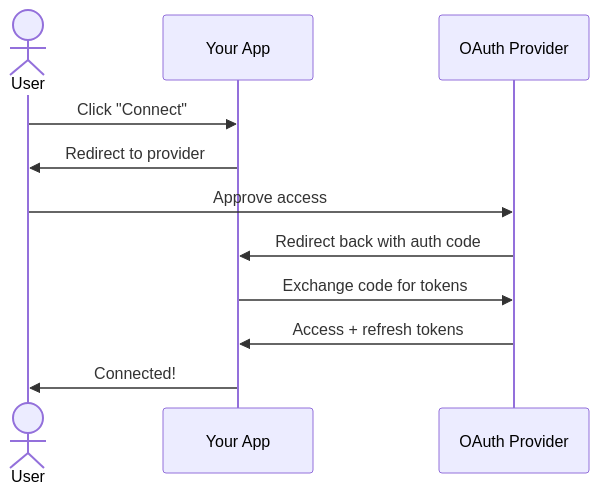
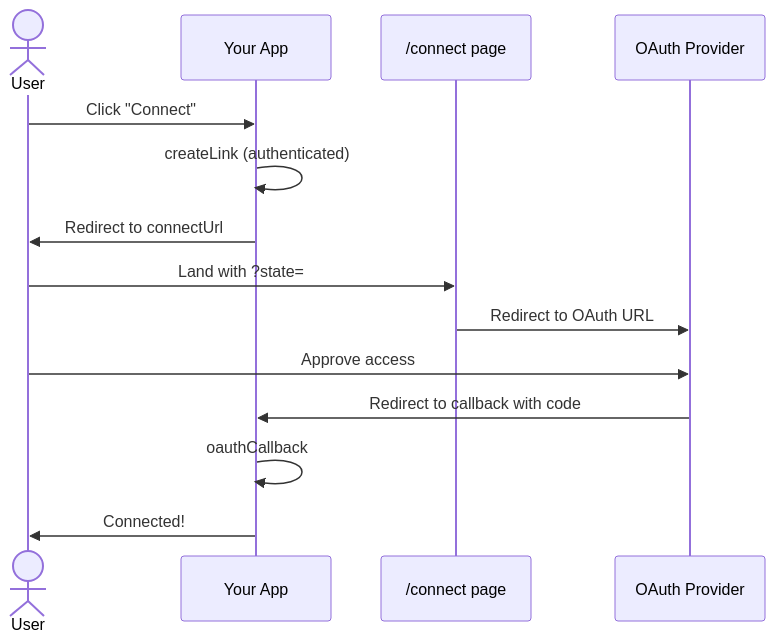
One commit to corsairdev/corsair changed the diagram in docs/production/oauth-process.mdx. Above: the diagram before and after it, drawn with Mermaid. The commit also changed other lines of this file and 46 other files, not shown here.

Commit message:
Unify Hub and Manual code for createCorsairClient

````diff
--- a/docs/production/oauth-process.mdx
+++ b/docs/production/oauth-process.mdx
@@ -8,14 +17,17 @@
 ```mermaid
 sequenceDiagram
     actor User
     participant App as Your App
+    participant Connect as /connect page
     participant Provider as OAuth Provider
 
     User->>App: Click "Connect"
-    App->>User: Redirect to provider
+    App->>App: createLink (authenticated)
+    App->>User: Redirect to connectUrl
+    User->>Connect: Land with ?state=
+    Connect->>Provider: Redirect to OAuth URL
     User->>Provider: Approve access
-    Provider->>App: Redirect back with auth code
-    App->>Provider: Exchange code for tokens
-    Provider->>App: Access + refresh tokens
+    Provider->>App: Redirect to callback with code
+    App->>App: oauthCallback
     App->>User: Connected!
 ```
````
